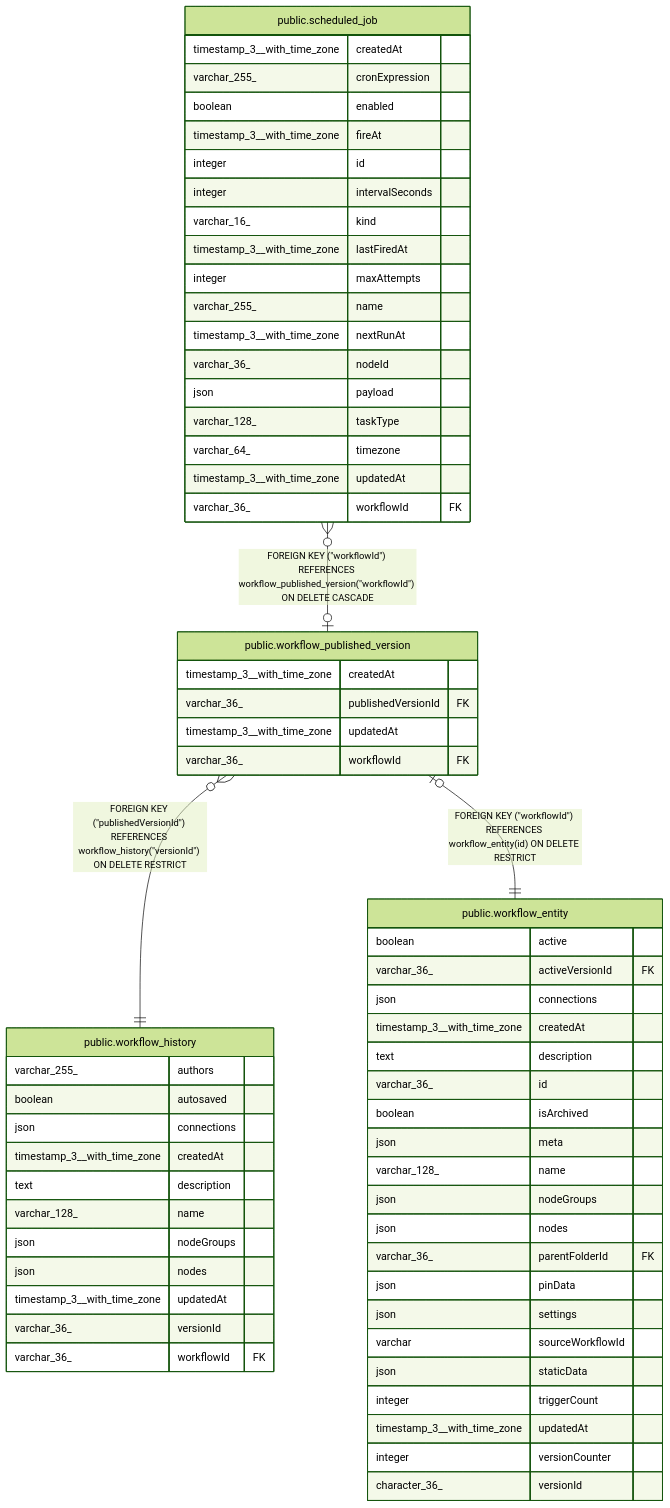
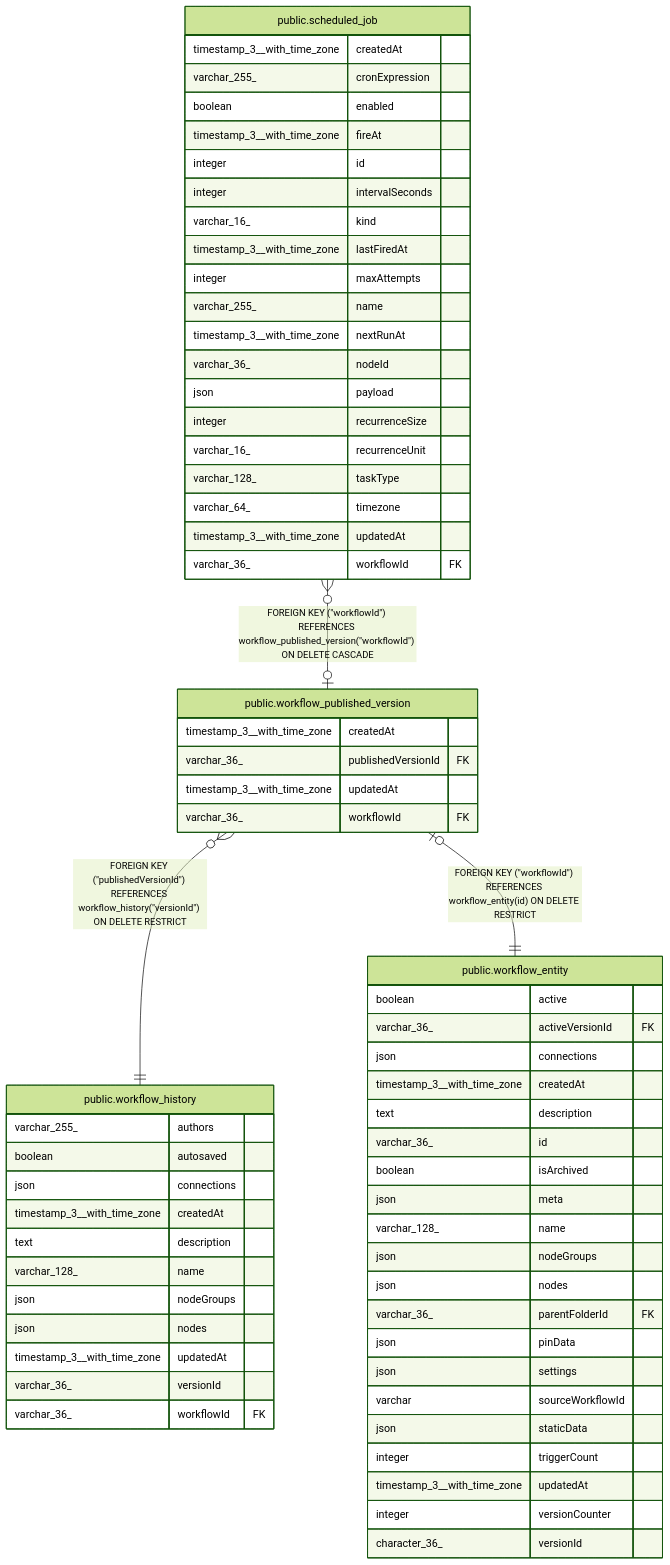
The diagram in docs/generated/postgres-schema/public.workflow_published_version.md (ggrace519/n8n), drawn with Mermaid (forest theme) before and after one commit. The commit also changed 36 other files, not shown here.

````diff
--- a/docs/generated/postgres-schema/public.workflow_published_version.md
+++ b/docs/generated/postgres-schema/public.workflow_published_version.md
@@ -32,68 +32,70 @@
 ```mermaid
 erDiagram
 
 "public.workflow_published_version" }o--|| "public.workflow_history" : "FOREIGN KEY (#quot;publishedVersionId#quot;) REFERENCES workflow_history(#quot;versionId#quot;) ON DELETE RESTRICT"
 "public.workflow_published_version" |o--|| "public.workflow_entity" : "FOREIGN KEY (#quot;workflowId#quot;) REFERENCES workflow_entity(id) ON DELETE RESTRICT"
 "public.scheduled_job" }o--o| "public.workflow_published_version" : "FOREIGN KEY (#quot;workflowId#quot;) REFERENCES workflow_published_version(#quot;workflowId#quot;) ON DELETE CASCADE"
 
 "public.workflow_published_version" {
   timestamp_3__with_time_zone createdAt
   varchar_36_ publishedVersionId FK
   timestamp_3__with_time_zone updatedAt
   varchar_36_ workflowId FK
 }
 "public.workflow_history" {
   varchar_255_ authors
   boolean autosaved
   json connections
   timestamp_3__with_time_zone createdAt
   text description
   varchar_128_ name
   json nodeGroups
   json nodes
   timestamp_3__with_time_zone updatedAt
   varchar_36_ versionId
   varchar_36_ workflowId FK
 }
 "public.workflow_entity" {
   boolean active
   varchar_36_ activeVersionId FK
   json connections
   timestamp_3__with_time_zone createdAt
   text description
   varchar_36_ id
   boolean isArchived
   json meta
   varchar_128_ name
   json nodeGroups
   json nodes
   varchar_36_ parentFolderId FK
   json pinData
   json settings
   varchar sourceWorkflowId
   json staticData
   integer triggerCount
   timestamp_3__with_time_zone updatedAt
   integer versionCounter
   character_36_ versionId
 }
 "public.scheduled_job" {
   timestamp_3__with_time_zone createdAt
   varchar_255_ cronExpression
   boolean enabled
   timestamp_3__with_time_zone fireAt
   integer id
   integer intervalSeconds
   varchar_16_ kind
   timestamp_3__with_time_zone lastFiredAt
   integer maxAttempts
   varchar_255_ name
   timestamp_3__with_time_zone nextRunAt
   varchar_36_ nodeId
   json payload
+  integer recurrenceSize
+  varchar_16_ recurrenceUnit
   varchar_128_ taskType
   varchar_64_ timezone
   timestamp_3__with_time_zone updatedAt
   varchar_36_ workflowId FK
 }
 ```
````
